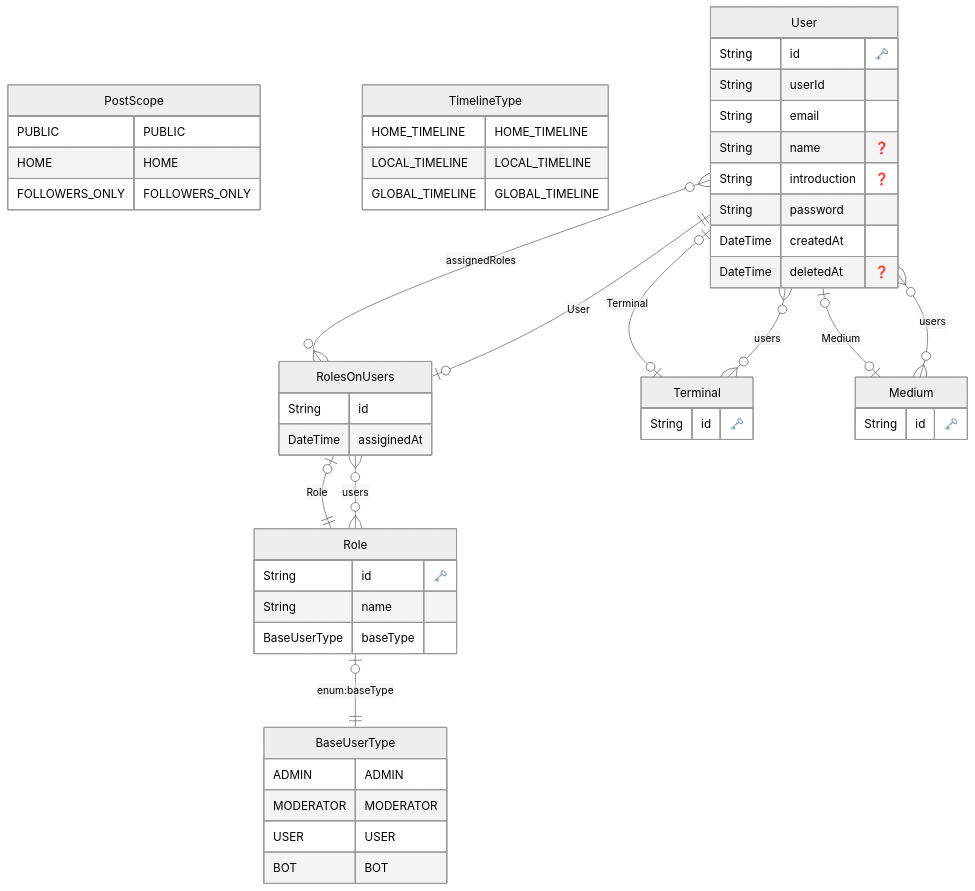
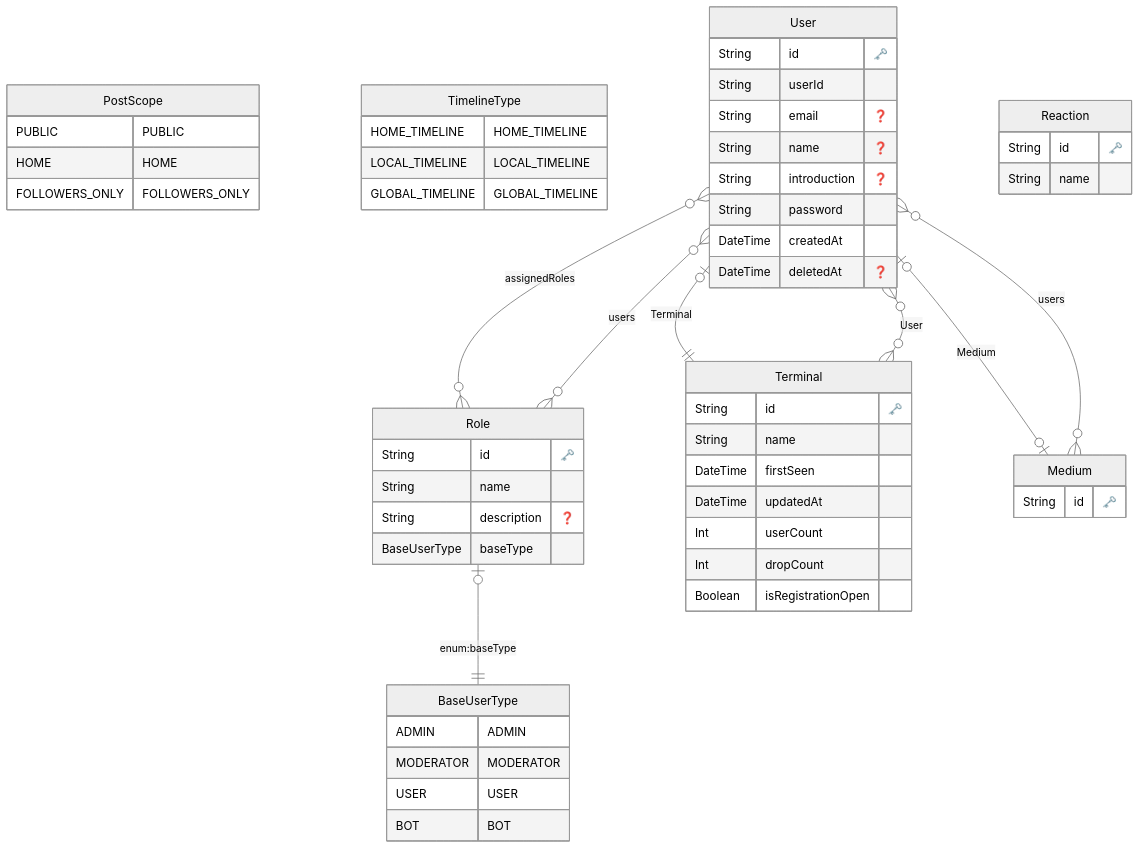
The diagram in packages/db/dist/erd.md (na2na-p/avion), drawn with Mermaid (neutral theme) before and after one commit. The commit also changed 1 other file, not shown here.

Commit message:
Add
- Role
- Terminal

````diff
--- a/packages/db/dist/erd.md
+++ b/packages/db/dist/erd.md
@@ -1,70 +1,75 @@
 ```mermaid
 erDiagram
 
         PostScope {
             PUBLIC PUBLIC
 HOME HOME
 FOLLOWERS_ONLY FOLLOWERS_ONLY
         }
     
 
 
         BaseUserType {
             ADMIN ADMIN
 MODERATOR MODERATOR
 USER USER
 BOT BOT
         }
     
 
 
         TimelineType {
             HOME_TIMELINE HOME_TIMELINE
 LOCAL_TIMELINE LOCAL_TIMELINE
 GLOBAL_TIMELINE GLOBAL_TIMELINE
         }
     
   "User" {
     String id "🗝️"
     String userId 
-    String email 
+    String email "❓"
     String name "❓"
     String introduction "❓"
     String password 
     DateTime createdAt 
     DateTime deletedAt "❓"
     }
   
 
-  "RolesOnUsers" {
-    String id 
-    DateTime assiginedAt 
-    }
-  
-
   "Role" {
     String id "🗝️"
     String name 
+    String description "❓"
     BaseUserType baseType 
     }
   
 
   "Terminal" {
     String id "🗝️"
+    String name 
+    DateTime firstSeen 
+    DateTime updatedAt 
+    Int userCount 
+    Int dropCount 
+    Boolean isRegistrationOpen 
+    }
+  
+
+  "Reaction" {
+    String id "🗝️"
+    String name 
     }
   
 
   "Medium" {
     String id "🗝️"
     }
   
-    "User" o|--|o "Terminal" : "Terminal"
+    "User" o|--|| "Terminal" : "Terminal"
     "User" o|--|o "Medium" : "Medium"
-    "User" o{--}o "RolesOnUsers" : "assignedRoles"
-    "RolesOnUsers" o|--|| "User" : "User"
-    "RolesOnUsers" o|--|| "Role" : "Role"
+    "User" o{--}o "Role" : "assignedRoles"
     "Role" o|--|| "BaseUserType" : "enum:baseType"
-    "Role" o{--}o "RolesOnUsers" : "users"
-    "Terminal" o{--}o "User" : "users"
+    "Role" o{--}o "User" : "users"
+    "Terminal" o{--}o "User" : "User"
     "Medium" o{--}o "User" : "users"
 ```
````
